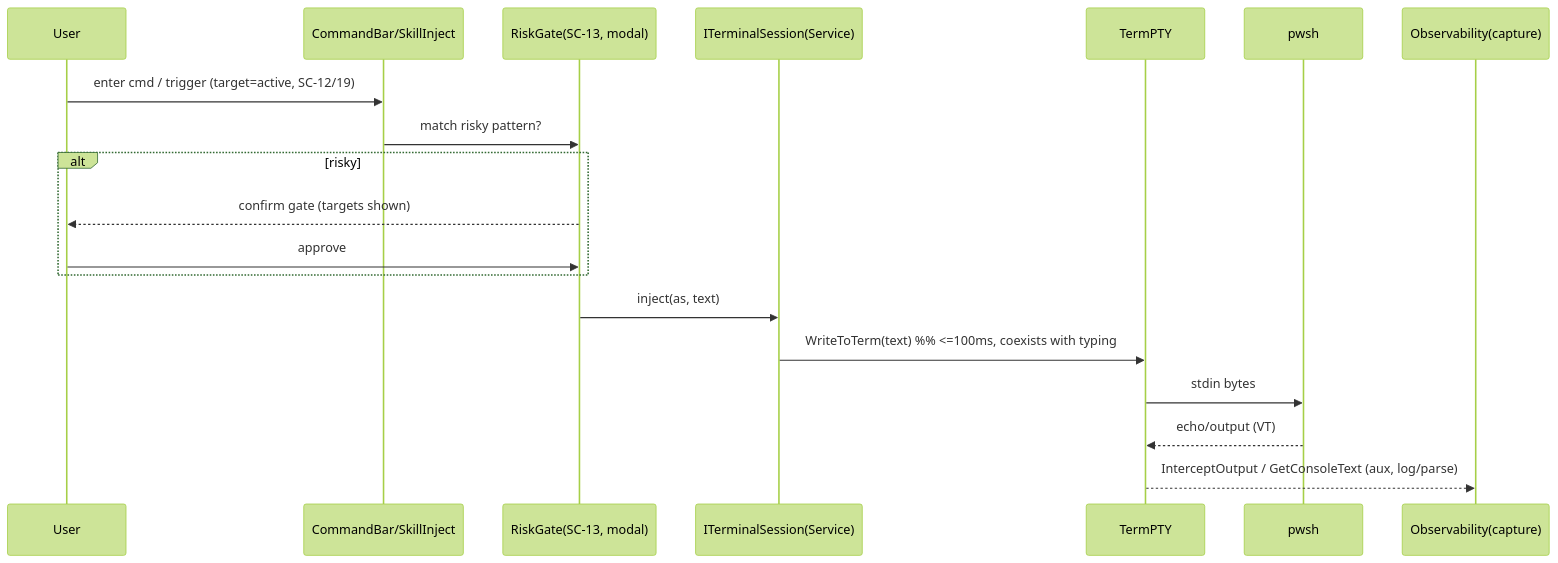
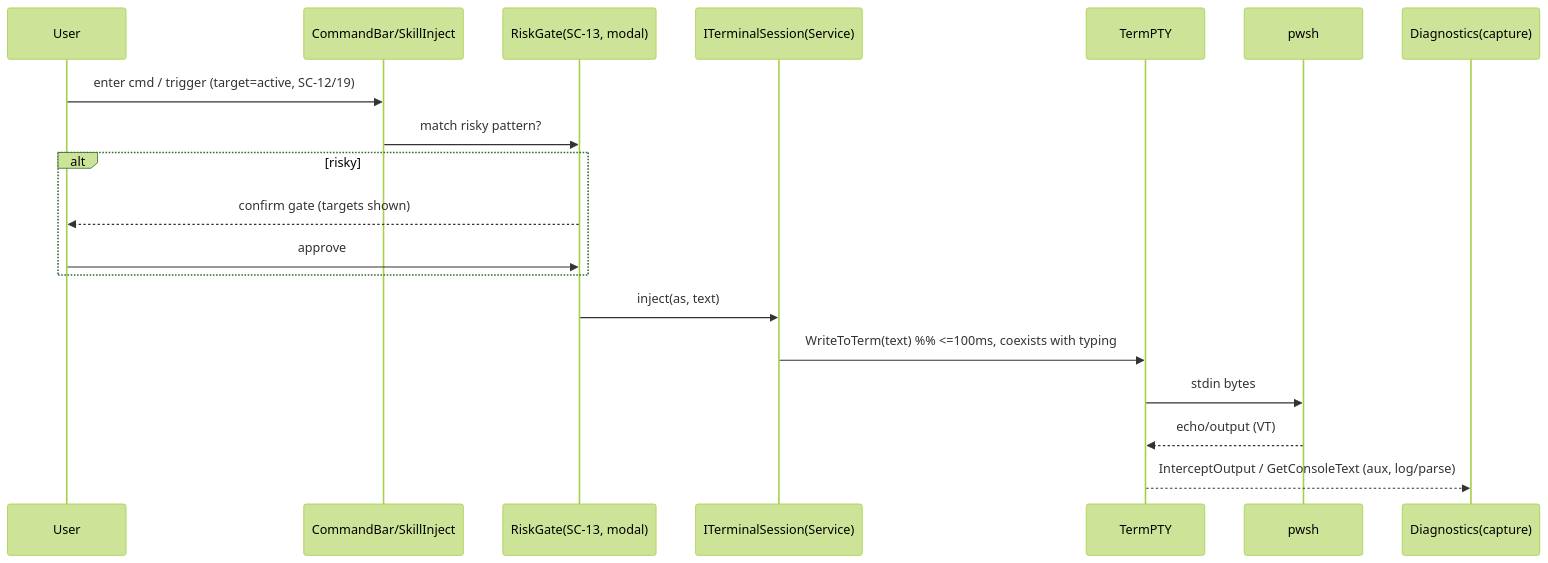
The second of 3 diagrams in docs/plans/v1.5/10_tech.md (MAHT1990/control_tower_win), drawn with Mermaid (forest theme) before and after one commit. The commit also changed other lines of this file and 14 other files, not shown here.

````diff
--- a/docs/plans/v1.5/10_tech.md
+++ b/docs/plans/v1.5/10_tech.md
@@ -255,21 +247,21 @@
 ```mermaid
 sequenceDiagram
     participant U as User
     participant CB as CommandBar/SkillInject
     participant RG as RiskGate(SC-13, modal)
     participant TS as ITerminalSession(Service)
     participant TP as TermPTY
     participant PW as pwsh
-    participant OB as Observability(capture)
+    participant OB as Diagnostics(capture)
     U->>CB: enter cmd / trigger (target=active, SC-12/19)
     CB->>RG: match risky pattern?
     alt risky
         RG-->>U: confirm gate (targets shown)
         U->>RG: approve
     end
     RG->>TS: inject(as, text)
     TS->>TP: WriteToTerm(text)  %% <=100ms, coexists with typing
     TP->>PW: stdin bytes
     PW-->>TP: echo/output (VT)
     TP-->>OB: InterceptOutput / GetConsoleText (aux, log/parse)
 ```
````
